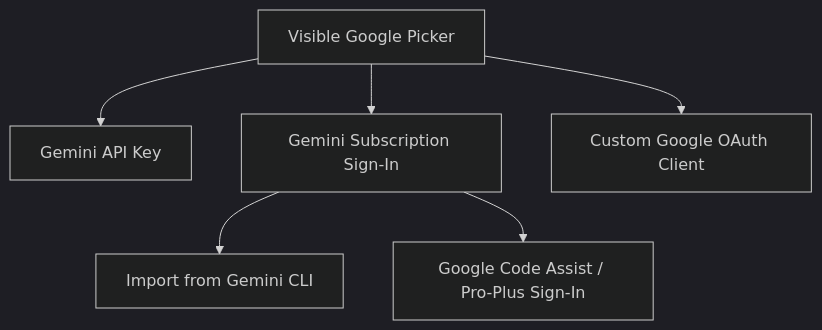
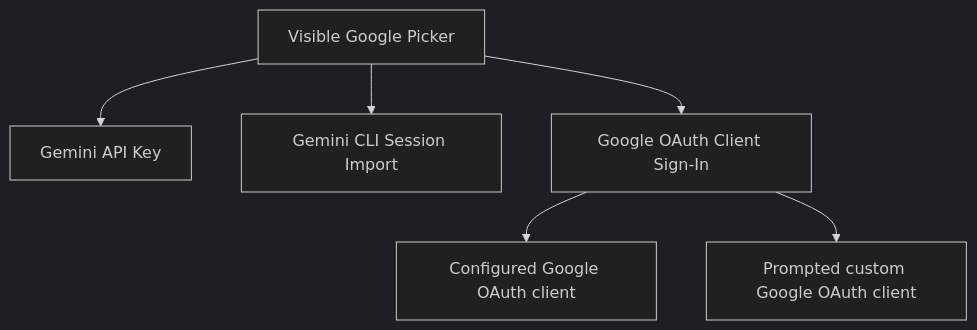
One commit to ShaileshRawat1403/dax changed the diagram in docs/product/providers.md. Above: the diagram before and after it, drawn with Mermaid (dark theme). The commit also changed other lines of this file and 11 other files, not shown here.

````diff
--- a/docs/product/providers.md
+++ b/docs/product/providers.md
@@ -51,8 +53,8 @@
 ```mermaid
 flowchart TD
     A[Visible Google Picker] --> B[Gemini API Key]
-    A --> C[Gemini Subscription Sign-In]
-    A --> D[Custom Google OAuth Client]
-    C --> E[Import from Gemini CLI]
-    C --> F[Google Code Assist / Pro-Plus Sign-In]
+    A --> C[Gemini CLI Session Import]
+    A --> D[Google OAuth Client Sign-In]
+    D --> E[Configured Google OAuth client]
+    D --> F[Prompted custom Google OAuth client]
 ```
````
